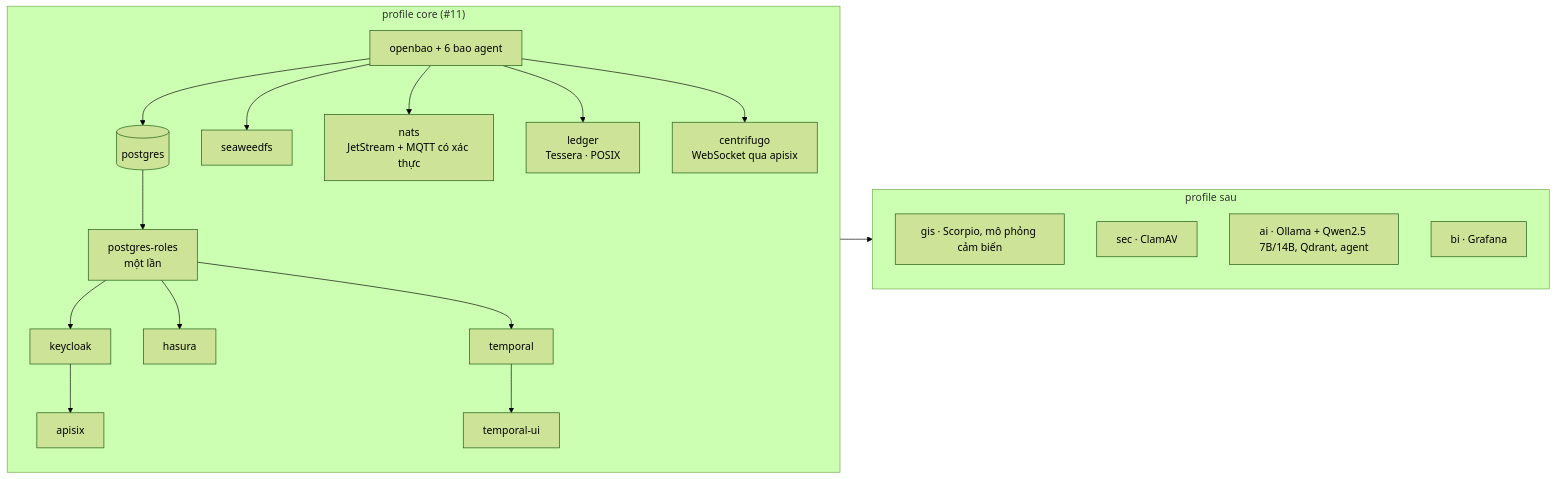
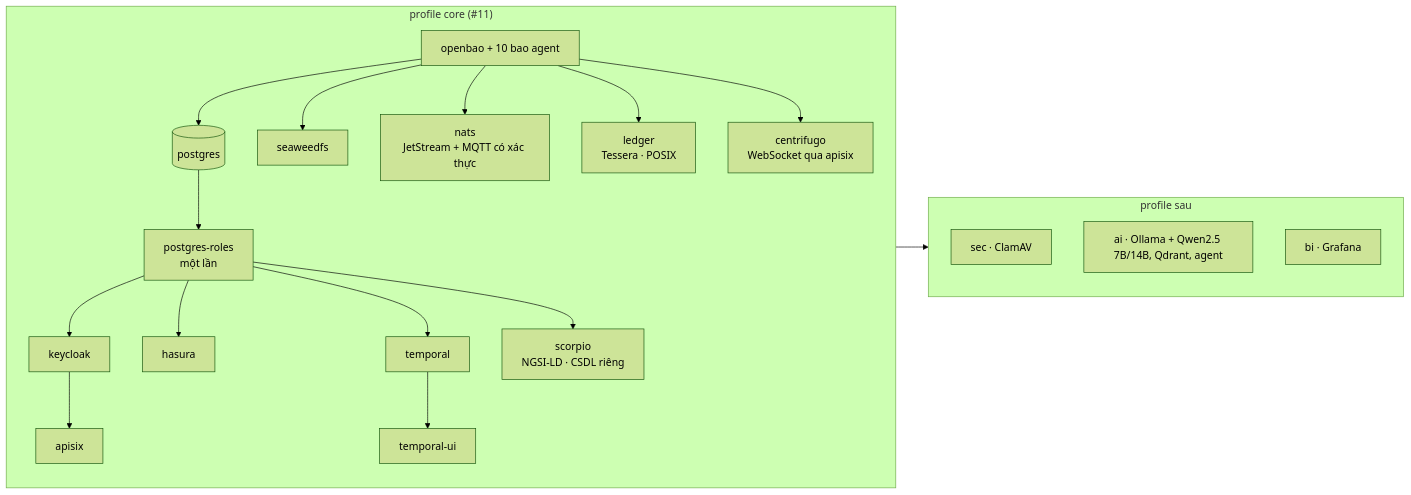
Before and after one commit to disaster-dxos/disaster-dxos: the sixth of 17 diagrams in docs/architecture.md, drawn with Mermaid (forest theme). The commit also changed other lines of this file and 37 other files, not shown here.

First line of the commit message:
feat(cam-bien): trận lũ mẫu 9 trạm miền Trung và bản sao số trạm đo NGSI-LD trên Scorpio (#84, #85)

````diff
--- a/docs/architecture.md
+++ b/docs/architecture.md
@@ -292,21 +294,21 @@
 ```mermaid
 flowchart LR
   subgraph core["profile core (#11)"]
     direction TB
-    bao[openbao + 6 bao agent] --> pg[(postgres)] --> roles[postgres-roles<br/>một lần]
+    bao[openbao + 10 bao agent] --> pg[(postgres)] --> roles[postgres-roles<br/>một lần]
     roles --> kc[keycloak] --> gw[apisix]
     roles --> hs[hasura]
     roles --> tp[temporal] --> tui[temporal-ui]
     bao --> sw[seaweedfs]
     bao --> nt[nats<br/>JetStream + MQTT có xác thực]
     bao --> ld[ledger<br/>Tessera · POSIX]
     bao --> cf[centrifugo<br/>WebSocket qua apisix]
+    roles --> sc[scorpio<br/>NGSI-LD · CSDL riêng]
   end
   subgraph later["profile sau"]
-    gis["gis · Scorpio, mô phỏng cảm biến"]
     sec["sec · ClamAV"]
     ai["ai · Ollama + Qwen2.5 7B/14B, Qdrant, agent"]
     bi["bi · Grafana"]
   end
   core --> later
 ```
````
